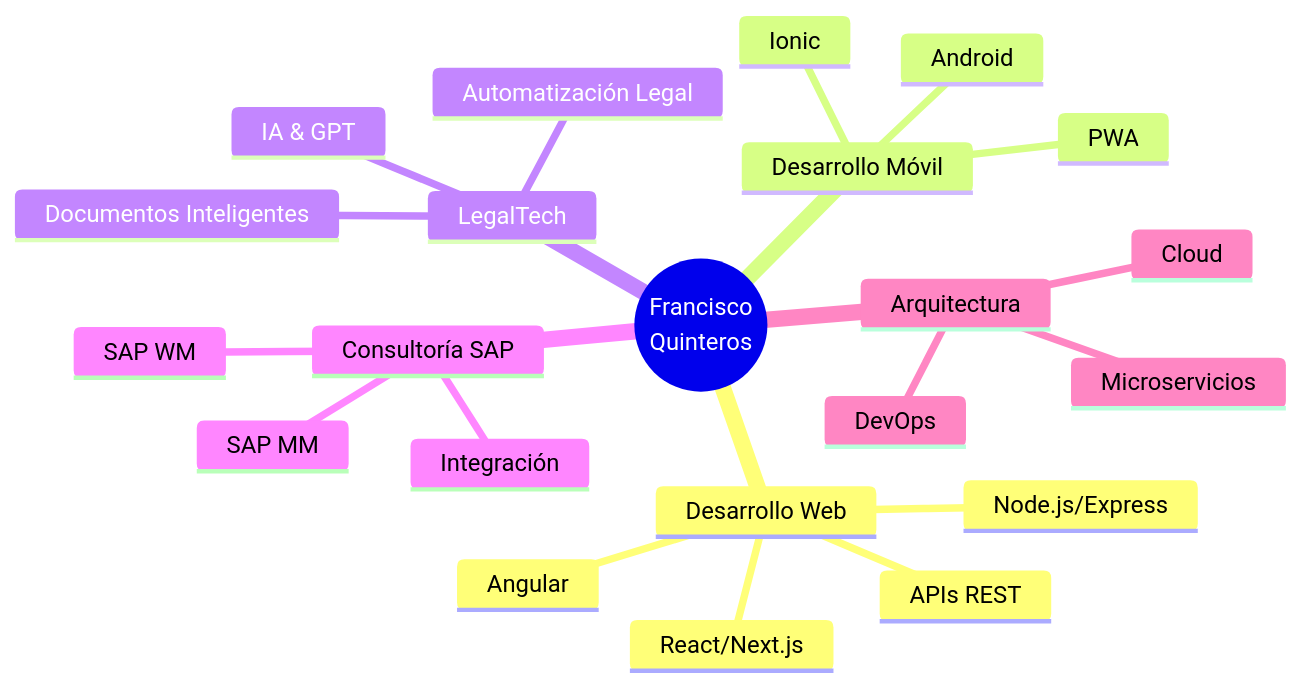
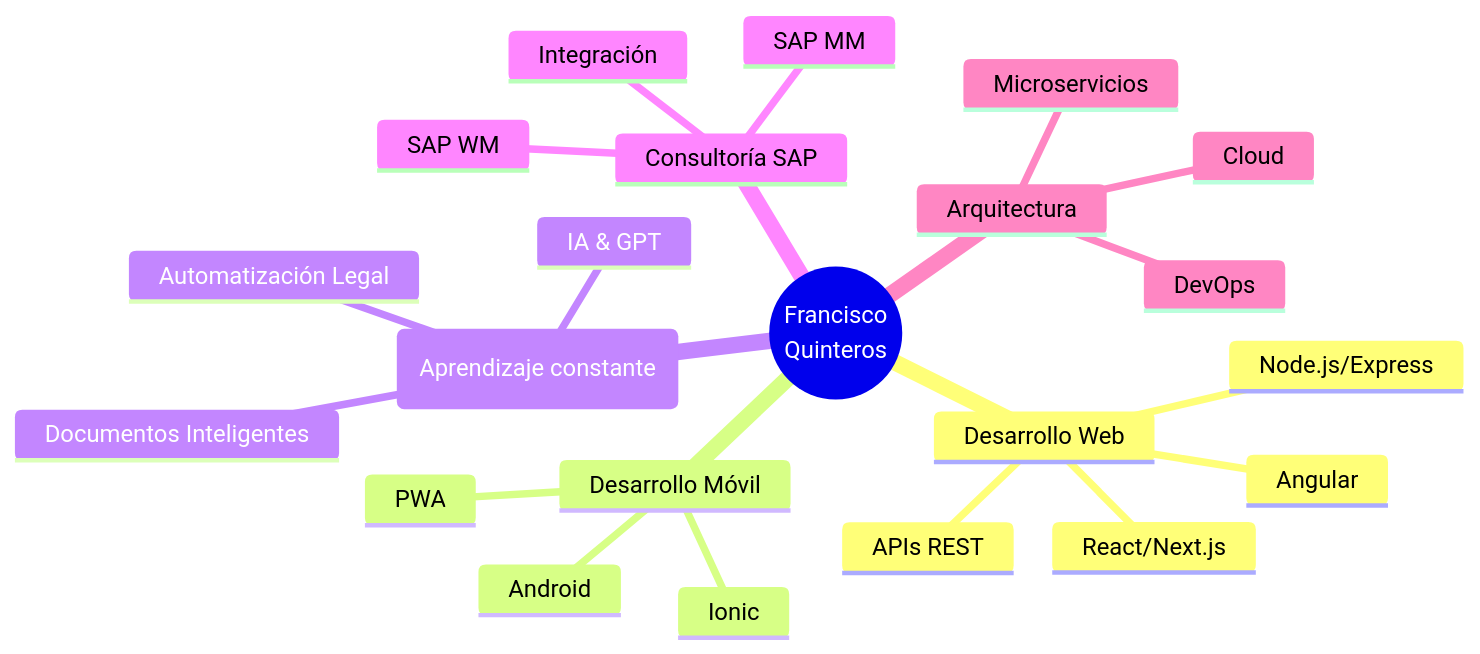
The diagram in README.md (JavierQuinan/JavierQuinan), drawn with Mermaid before and after one commit. The commit also changed other lines of this file, not shown here.

````diff
--- a/README.md
+++ b/README.md
@@ -315,25 +315,25 @@
 ```mermaid
 mindmap
   root((Francisco<br/>Quinteros))
     Desarrollo Web
       React/Next.js
       Angular
       Node.js/Express
       APIs REST
     Desarrollo Móvil
       Ionic
       Android
       PWA
-    LegalTech
+    LegalTech (Aprendizaje constante)
       Automatización Legal
       IA & GPT
       Documentos Inteligentes
     Consultoría SAP
       SAP MM
       SAP WM
       Integración
     Arquitectura
       Microservicios
       Cloud
       DevOps
 ```
````
